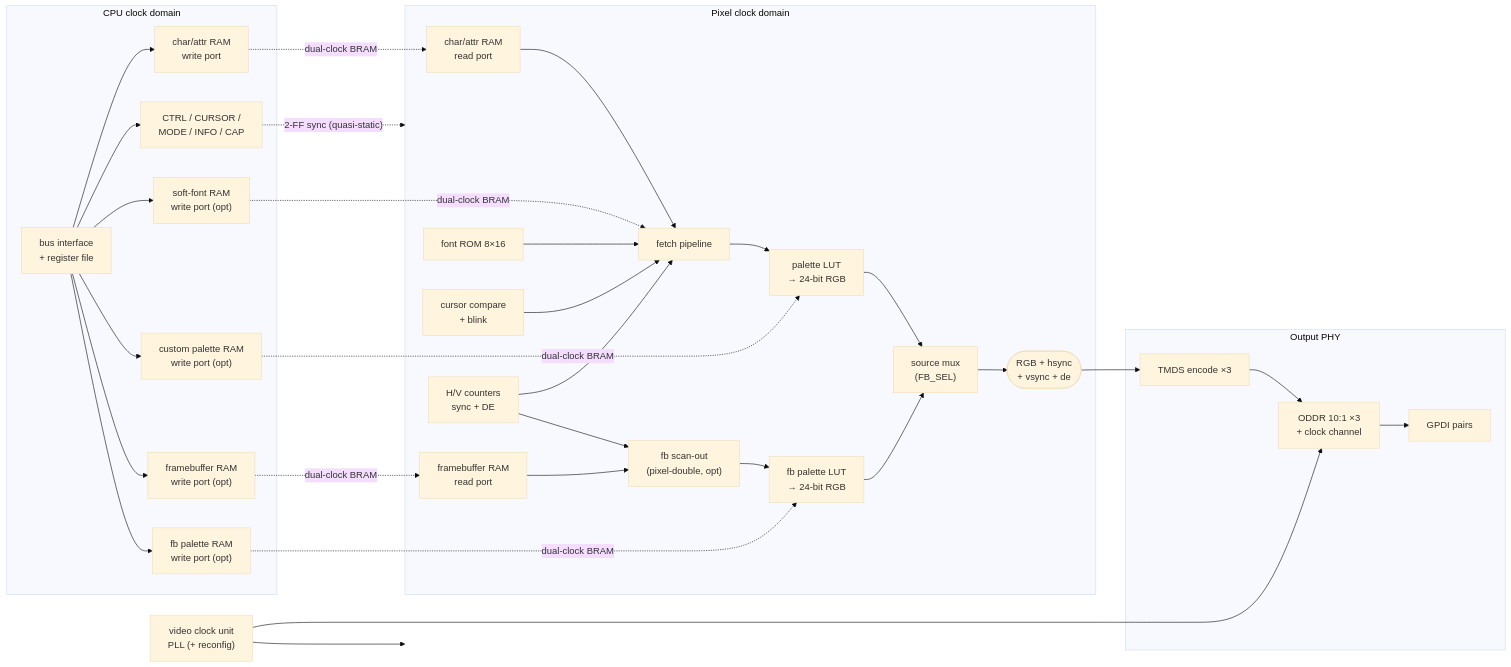
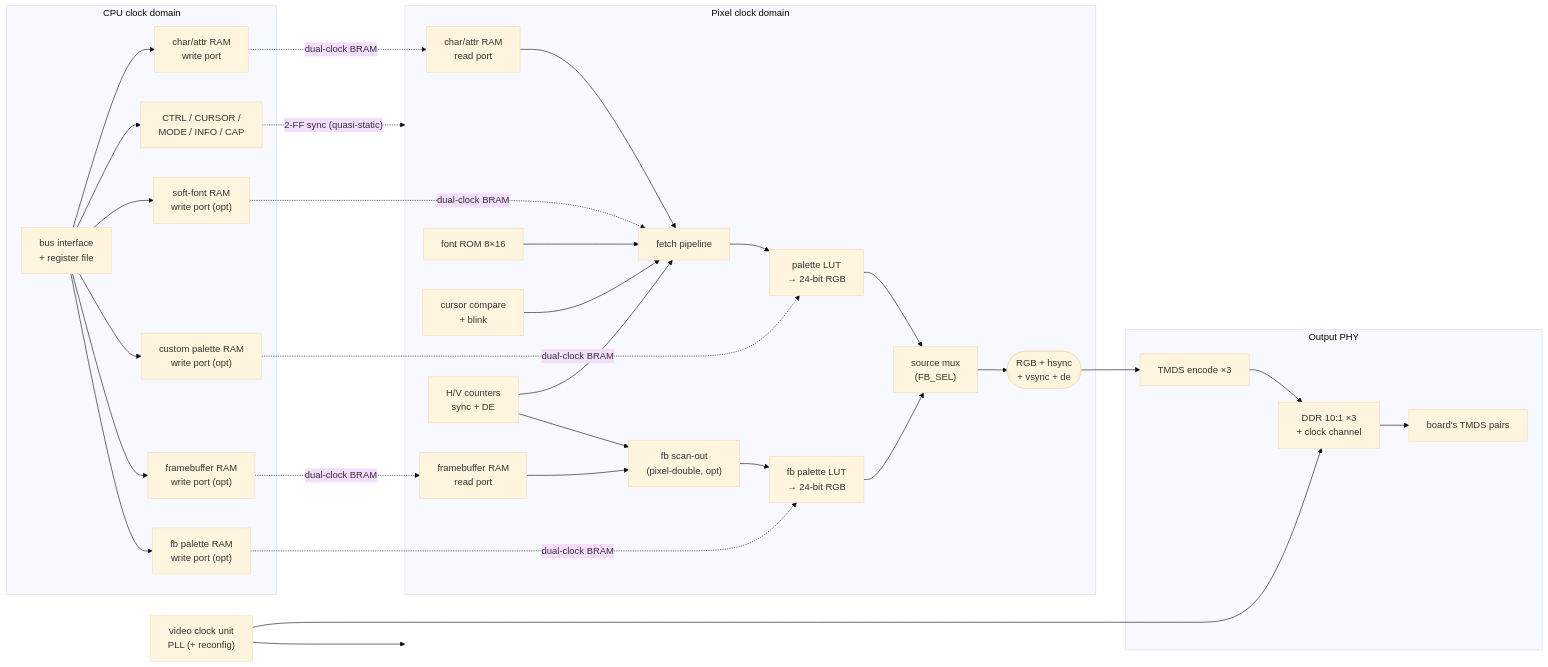
One commit to lonemeow/penumbra-minicomputer changed the diagram in doc/internals/display.md. Above: the diagram before and after it, drawn with Mermaid (base theme). The commit also changed other lines of this file and 11 other files, not shown here.

````diff
--- a/doc/internals/display.md
+++ b/doc/internals/display.md
@@ -26,38 +26,38 @@
 ```mermaid
 flowchart LR
   subgraph CPUDOM["CPU clock domain"]
     BUS["bus interface\n+ register file"] --> CRAMW["char/attr RAM\nwrite port"]
     BUS --> REGS["CTRL / CURSOR /\nMODE / INFO / CAP"]
     BUS --> SFW["soft-font RAM\nwrite port (opt)"]
     BUS --> PALW["custom palette RAM\nwrite port (opt)"]
     BUS --> FBW["framebuffer RAM\nwrite port (opt)"]
     BUS --> FBPW["fb palette RAM\nwrite port (opt)"]
   end
   VCLK["video clock unit\nPLL (+ reconfig)"]
   subgraph PIX["Pixel clock domain"]
     TIMING["H/V counters\nsync + DE"] --> FETCH["fetch pipeline"]
     CRAMR["char/attr RAM\nread port"] --> FETCH
     FONT["font ROM 8×16"] --> FETCH
     CURS["cursor compare\n+ blink"] --> FETCH
     FETCH --> PAL["palette LUT\n→ 24-bit RGB"]
     TIMING --> FBSCAN["fb scan-out\n(pixel-double, opt)"]
     FBR["framebuffer RAM\nread port"] --> FBSCAN
     FBSCAN --> FBPAL["fb palette LUT\n→ 24-bit RGB"]
     PAL --> SMUX["source mux\n(FB_SEL)"]
     FBPAL --> SMUX
     SMUX --> RGB(["RGB + hsync\n+ vsync + de"])
   end
   subgraph PHYBOX["Output PHY"]
     RGB --> TMDS["TMDS encode ×3"]
-    TMDS --> SER["ODDR 10:1 ×3\n+ clock channel"]
-    SER --> GPDI["GPDI pairs"]
+    TMDS --> SER["DDR 10:1 ×3\n+ clock channel"]
+    SER --> PAIRS["board's TMDS pairs"]
   end
   REGS -. "2-FF sync (quasi-static)" .-> PIX
   CRAMW -. "dual-clock BRAM" .-> CRAMR
   SFW -. "dual-clock BRAM" .-> FETCH
   PALW -. "dual-clock BRAM" .-> PAL
   FBW -. "dual-clock BRAM" .-> FBR
   FBPW -. "dual-clock BRAM" .-> FBPAL
   VCLK --> PIX
   VCLK --> SER
 ```
````
